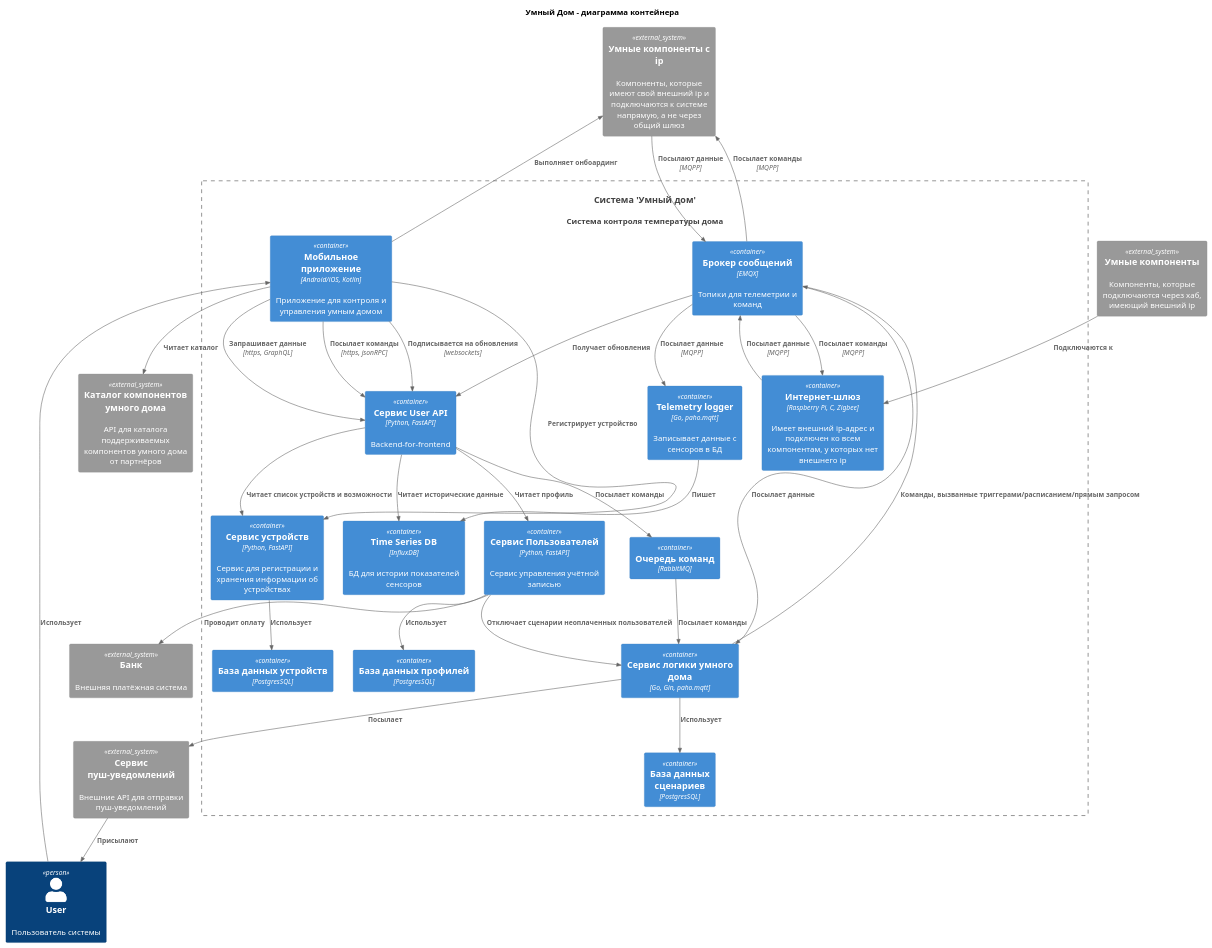
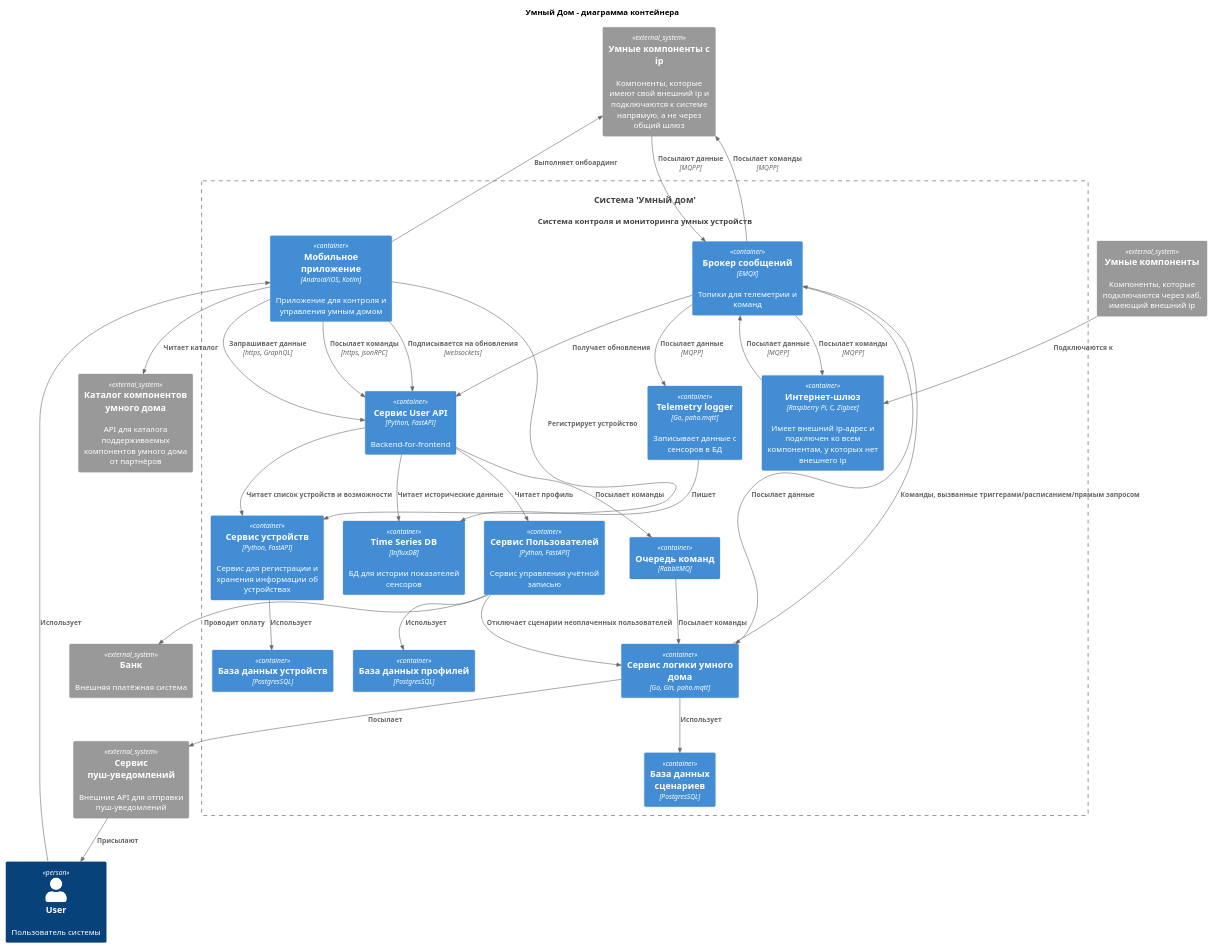
Before and after one commit to justanotheruser/architecture-warmhouse: the diagram in diagrams/to-be/Container.puml, drawn with PlantUML. The commit also changed 1 other file, not shown here.

Commit message:
to-be container diagram

```diff
--- a/diagrams/to-be/Container.puml
+++ b/diagrams/to-be/Container.puml
@@ -1,71 +1,71 @@
 @startuml
 !include ../C4_Container.puml
 
 top to bottom direction
 skinparam maxMessageSize 0
 title Умный Дом - диаграмма контейнера
 
 Person(user, "User", "Пользователь системы")
-System(SmartHomeSystem, "Система 'Умный дом'", "Система контроля температуры дома")
+System(SmartHomeSystem, "Система 'Умный дом'", "Система контроля и мониторинга умных устройств")
 
 System_Ext(ip_hardware, "Умные компоненты с ip", "Компоненты, которые имеют свой внешний ip и подключаются к системе напрямую, а не через общий шлюз")
 System_Ext(hardware, "Умные компоненты", "Компоненты, которые подключаются через хаб, имеющий внешний ip")
 System_Ext(banking, "Банк", "Внешняя платёжная система")
 System_Ext(parts_market, "Каталог компонентов умного дома", "API для каталога поддерживаемых компонентов умного дома от партнёров")
 System_Ext(push_service, "Сервис пуш-уведомлений", "Внешние API для отправки пуш-уведомлений")
 
 
 Container_Boundary(SmartHomeSystem, "") {
     Container(DeviceMessageBroker, "Брокер сообщений", "EMQX", "Топики для телеметрии и команд")
     Container(MobileApp, "Мобильное приложение", "Android/iOS, Kotlin", "Приложение для контроля и управления умным домом")
     Container(UserAPI, "Сервис User API", "Python, FastAPI", "Backend-for-frontend")
     Container(DeviceService, "Сервис устройств", "Python, FastAPI", "Сервис для регистрации и хранения информации об устройствах")
     Container(DeviceDB, "База данных устройств", "PostgresSQL")
     Container(TelemetryLogger, "Telemetry logger", "Go, paho.mqtt", "Записывает данные с сенсоров в БД")
     Container(TimeSeriesDB, "Time Series DB", "InfluxDB", "БД для истории показателей сенсоров")
     Container(InternetGate, "Интернет-шлюз", "Raspberry Pi, C, Zigbee", "Имеет внешний ip-адрес и подключен ко всем компонентам, у которых нет внешнего ip")
     Container(UserService, "Сервис Пользователей", "Python, FastAPI", "Сервис управления учётной записью")
     Container(UserDB, "База данных профилей", "PostgresSQL")
     Container(SmartHomeLogic, "Сервис логики умного дома", "Go, Gin, paho.mqtt")
     Container(CommandMessageBroker, "Очередь команд", "RabbitMQ")
     Container(SmartHomeDB, "База данных сценариев", "PostgresSQL")
 }
 
 Rel(hardware, InternetGate, "Подключаются к")
 Rel(MobileApp, ip_hardware, "Выполняет онбоардинг")
 Rel(MobileApp, DeviceService, "Регистрирует устройство")
 
 Rel(ip_hardware, DeviceMessageBroker, "Посылают данные", "MQPP")
 Rel_Up(InternetGate, DeviceMessageBroker, "Посылает данные", "MQPP")
 Rel_Up(DeviceMessageBroker, ip_hardware, "Посылает команды", "MQPP")
 Rel(DeviceMessageBroker, InternetGate, "Посылает команды", "MQPP")
 Rel(DeviceMessageBroker, TelemetryLogger, "Посылает данные", "MQPP")
 Rel(TelemetryLogger, TimeSeriesDB, "Пишет")
 Rel(DeviceMessageBroker, SmartHomeLogic, "Посылает данные")
 Rel(SmartHomeLogic, DeviceMessageBroker, "Команды, вызванные триггерами/расписанием/прямым запросом")
 
 Rel(MobileApp, UserAPI, "Запрашивает данные", "https, GraphQL")
 Rel(UserAPI, DeviceService, "Читает список устройств и возможности")
 Rel(UserAPI, TimeSeriesDB, "Читает исторические данные")
 Rel(UserAPI, UserService, "Читает профиль")
 
 Rel(MobileApp, UserAPI, "Посылает команды", "https, jsonRPC")
 Rel(UserAPI, CommandMessageBroker, "Посылает команды")
 Rel(CommandMessageBroker, SmartHomeLogic, "Посылает команды")
 
 Rel(MobileApp, UserAPI, "Подписывается на обновления", "websockets")
 Rel(DeviceMessageBroker, UserAPI, "Получает обновления")
 
 Rel(UserService, UserDB, "Использует")
 Rel(UserService, banking, "Проводит оплату")
 Rel(UserService, SmartHomeLogic, "Отключает сценарии неоплаченных пользователей")
 
 Rel(SmartHomeLogic, SmartHomeDB, "Использует")
 Rel(SmartHomeLogic, push_service, "Посылает")
 Rel(DeviceService, DeviceDB, "Использует")
 
 Rel(user, MobileApp, "Использует")
 Rel(push_service, user, "Присылают")
 Rel(MobileApp, parts_market, "Читает каталог")
 
 @enduml
```
